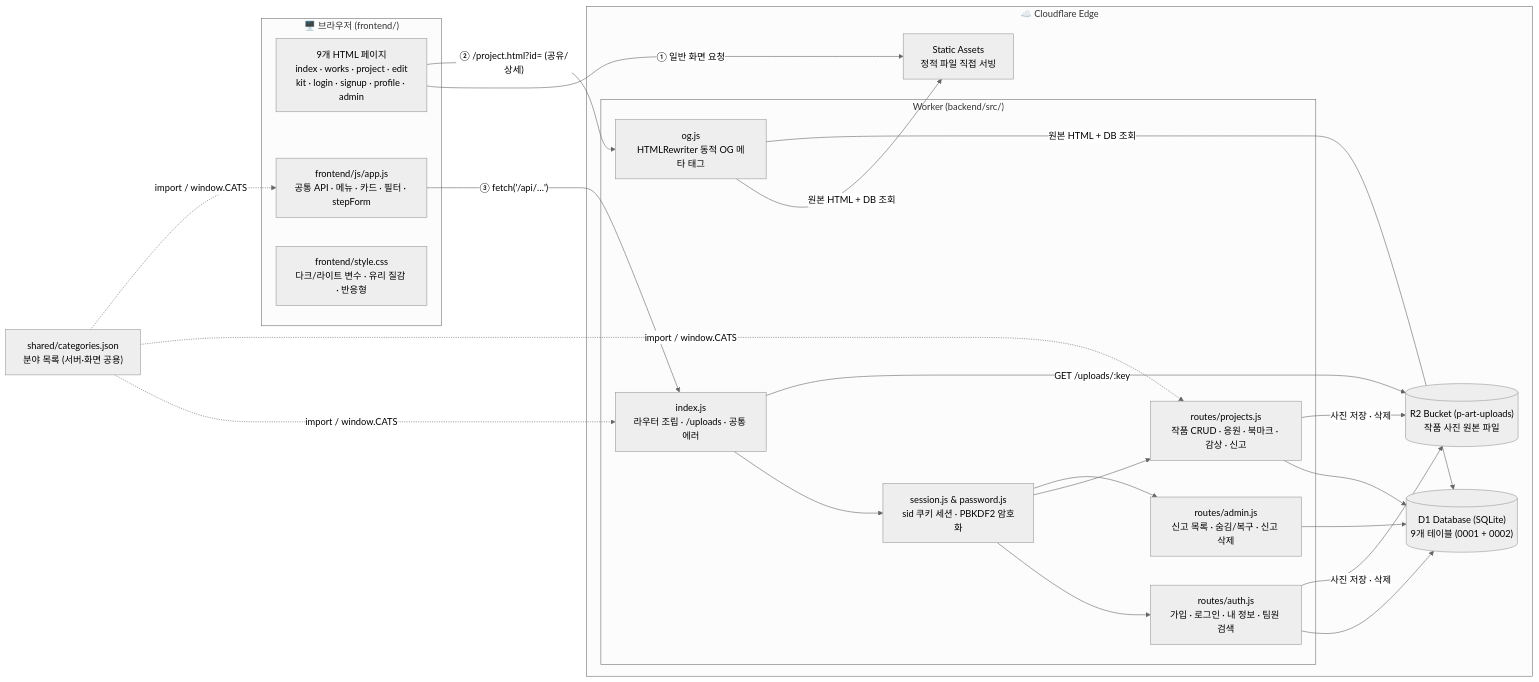
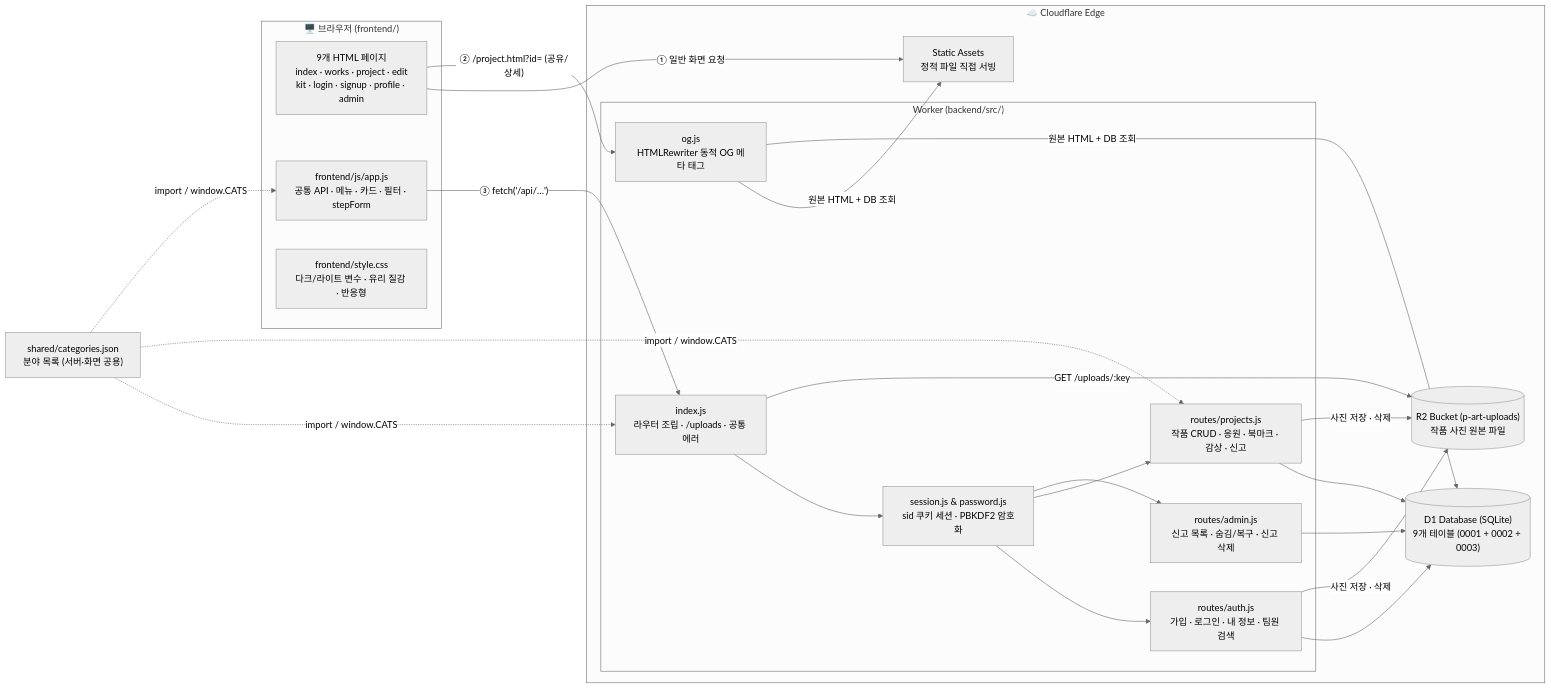
The first of 9 diagrams in docs/WORKFLOW.md (10x4hs/p-art), drawn with Mermaid (neutral theme) before and after one commit. The commit also changed other lines of this file and 10 other files, not shown here.

````diff
--- a/docs/WORKFLOW.md
+++ b/docs/WORKFLOW.md
@@ -27,34 +27,34 @@
 ```mermaid
 flowchart LR
   subgraph B["🖥️ 브라우저 (frontend/)"]
     H["9개 HTML 페이지<br/>index · works · project · edit<br/>kit · login · signup · profile · admin"]
     J["frontend/js/app.js<br/>공통 API · 메뉴 · 카드 · 필터 · stepForm"]
     C["frontend/style.css<br/>다크/라이트 변수 · 유리 질감 · 반응형"]
   end
 
   subgraph CF["☁️ Cloudflare Edge"]
     AS["Static Assets<br/>정적 파일 직접 서빙"]
     subgraph W["Worker (backend/src/)"]
       IX["index.js<br/>라우터 조립 · /uploads · 공통 에러"]
       OG["og.js<br/>HTMLRewriter 동적 OG 메타 태그"]
       SE["session.js & password.js<br/>sid 쿠키 세션 · PBKDF2 암호화"]
       AU["routes/auth.js<br/>가입 · 로그인 · 내 정보 · 팀원 검색"]
       PR["routes/projects.js<br/>작품 CRUD · 응원 · 북마크 · 감상 · 신고"]
       AD["routes/admin.js<br/>신고 목록 · 숨김/복구 · 신고 삭제"]
     end
-    D1[("D1 Database (SQLite)<br/>9개 테이블 (0001 + 0002)")]
+    D1[("D1 Database (SQLite)<br/>9개 테이블 (0001 + 0002 + 0003)")]
     R2[("R2 Bucket (p-art-uploads)<br/>작품 사진 원본 파일")]
   end
 
   SH["shared/categories.json<br/>분야 목록 (서버·화면 공용)"]
 
   H -- "① 일반 화면 요청" --> AS
   H -- "② /project.html?id= (공유/상세)" --> OG
   OG -- "원본 HTML + DB 조회" --> AS & D1
   J -- "③ fetch('/api/…')" --> IX
   IX --> SE --> AU & PR & AD
   AU & PR & AD --> D1
   PR & AU -- "사진 저장 · 삭제" --> R2
   IX -- "GET /uploads/:key" --> R2
   SH -. "import / window.CATS" .-> IX & PR & J
 ```
````
